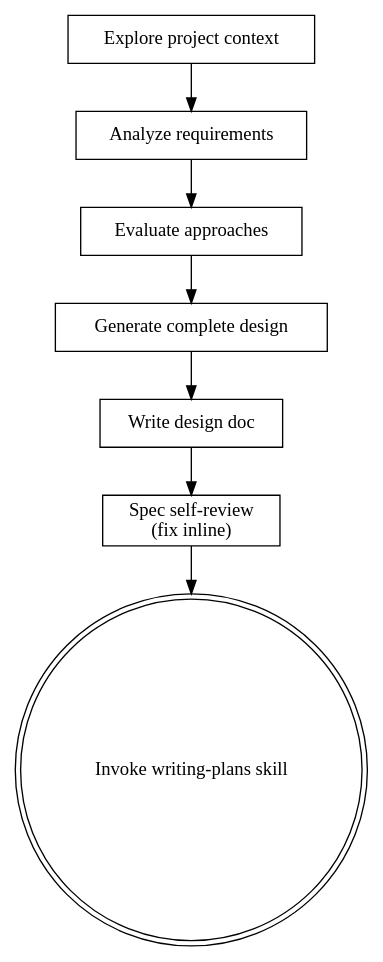
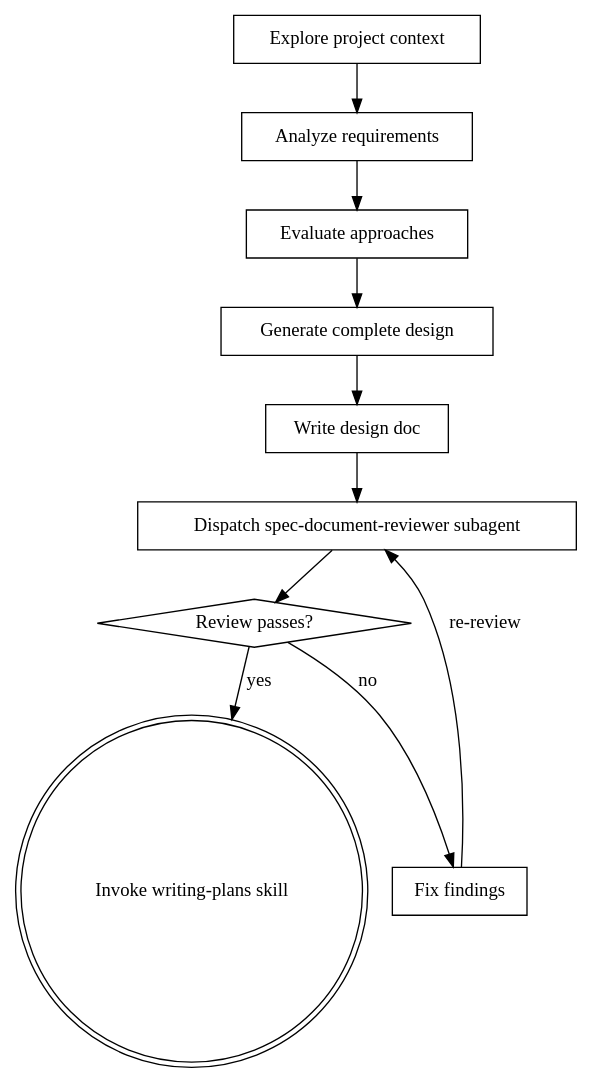
The diagram in skills/brainstorming/SKILL.md (opcheese/superpowers), drawn with Graphviz before and after one commit. The commit also changed other lines of this file and 3 other files, not shown here.

First line of the commit message:
fix(review): address code-review findings on the v6.1.1 sync

````diff
--- a/skills/brainstorming/SKILL.md
+++ b/skills/brainstorming/SKILL.md
@@ -34,18 +34,23 @@
 ```dot
 digraph brainstorming {
     "Explore project context" [shape=box];
     "Analyze requirements" [shape=box];
     "Evaluate approaches" [shape=box];
     "Generate complete design" [shape=box];
     "Write design doc" [shape=box];
-    "Spec self-review\n(fix inline)" [shape=box];
+    "Dispatch spec-document-reviewer subagent" [shape=box];
+    "Review passes?" [shape=diamond];
+    "Fix findings" [shape=box];
     "Invoke writing-plans skill" [shape=doublecircle];
 
     "Explore project context" -> "Analyze requirements";
     "Analyze requirements" -> "Evaluate approaches";
     "Evaluate approaches" -> "Generate complete design";
     "Generate complete design" -> "Write design doc";
-    "Write design doc" -> "Spec self-review\n(fix inline)";
-    "Spec self-review\n(fix inline)" -> "Invoke writing-plans skill";
+    "Write design doc" -> "Dispatch spec-document-reviewer subagent";
+    "Dispatch spec-document-reviewer subagent" -> "Review passes?";
+    "Review passes?" -> "Fix findings" [label="no"];
+    "Fix findings" -> "Dispatch spec-document-reviewer subagent" [label="re-review"];
+    "Review passes?" -> "Invoke writing-plans skill" [label="yes"];
 }
 ```
````
